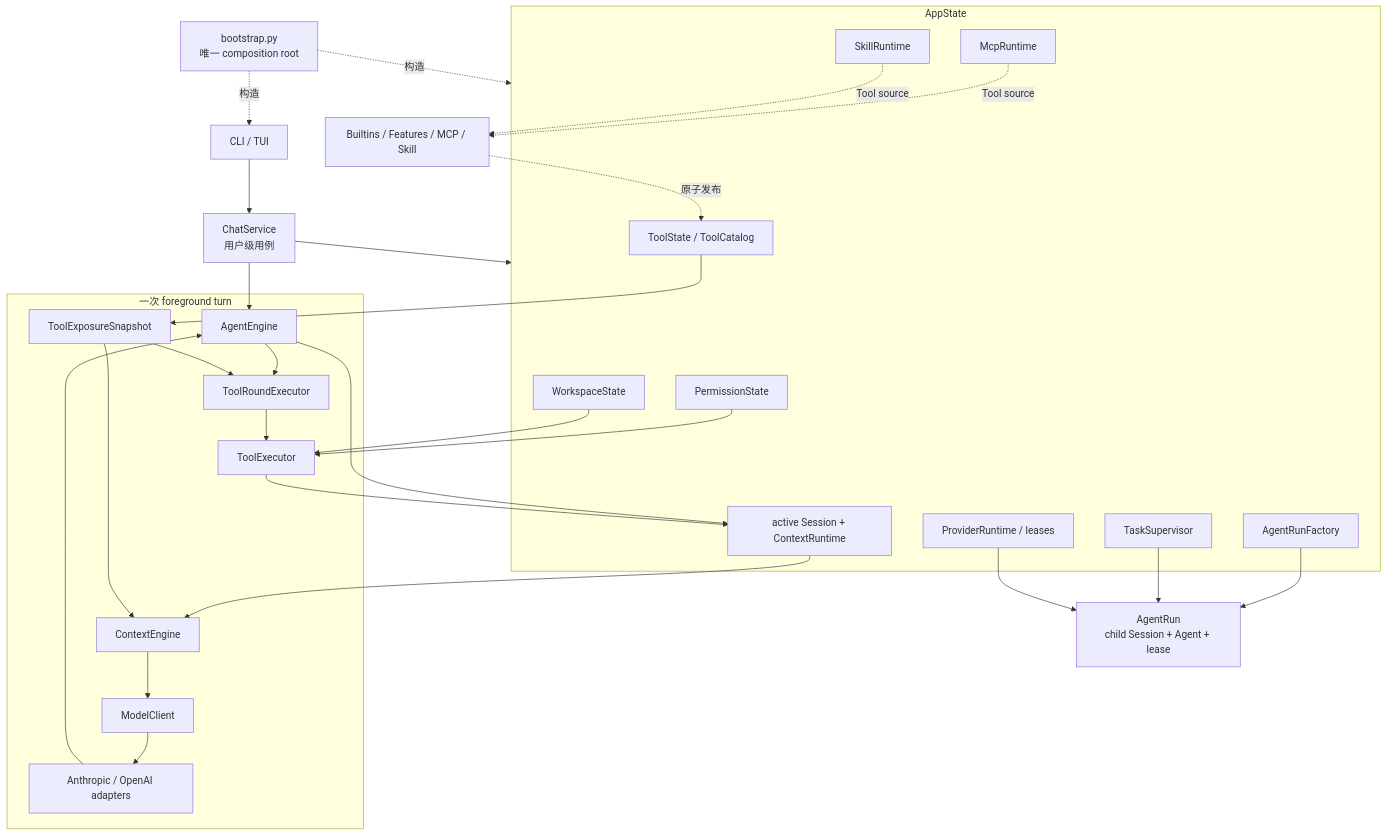
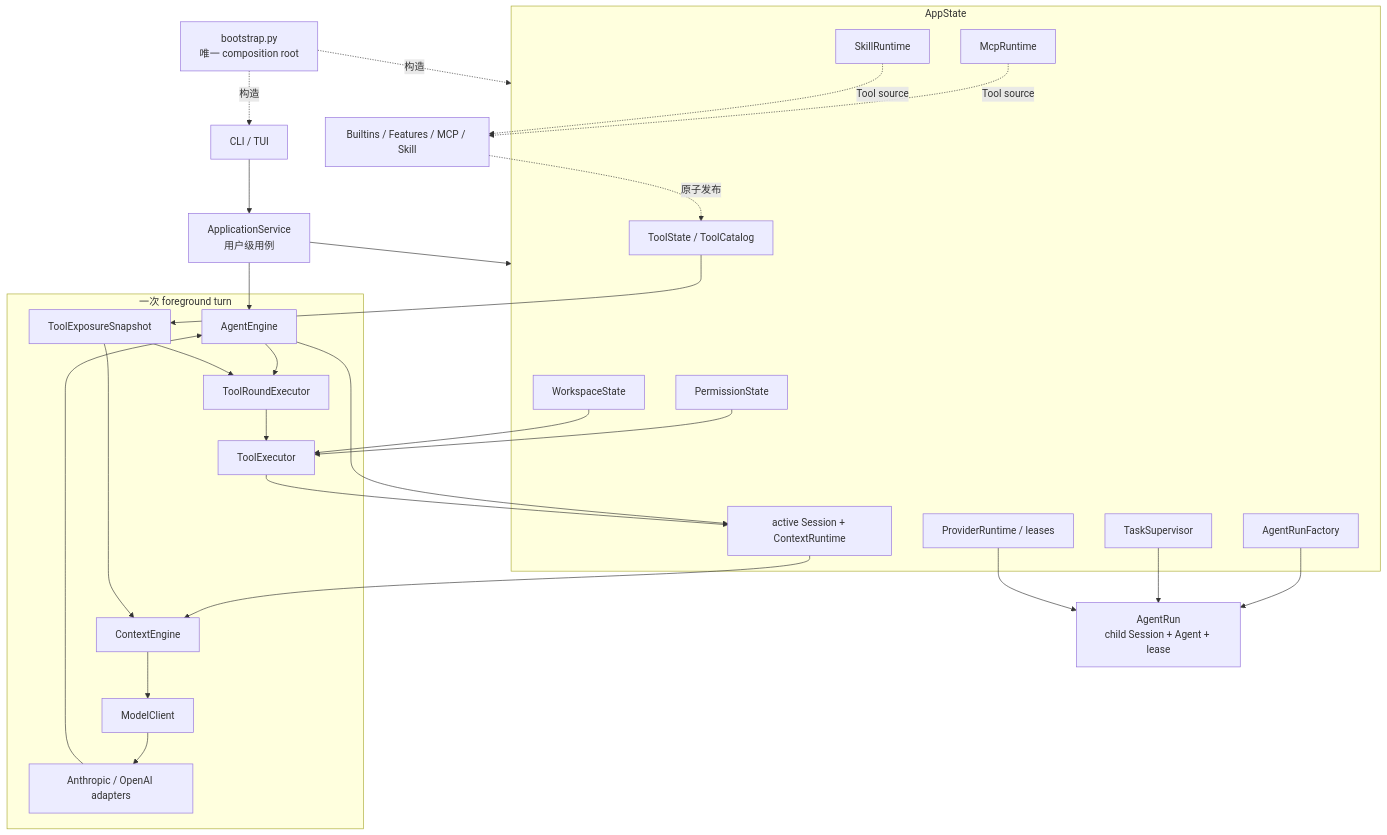
The diagram in docs/00-architecture.md (0614GS/my-code), drawn with Mermaid before and after one commit. The commit also changed other lines of this file and 73 other files, not shown here.

````diff
--- a/docs/00-architecture.md
+++ b/docs/00-architecture.md
@@ -7,56 +7,56 @@
 ```mermaid
 flowchart TB
     Bootstrap["bootstrap.py<br/>唯一 composition root"]
     Host["CLI / TUI"]
-    Chat["ChatService<br/>用户级用例"]
+    Application["ApplicationService<br/>用户级用例"]
 
     subgraph Runtime["AppState"]
         Session["active Session + ContextRuntime"]
         Workspace["WorkspaceState"]
         Permissions["PermissionState"]
         Tools["ToolState / ToolCatalog"]
         Tasks["TaskSupervisor"]
         Runs["AgentRunFactory"]
         ProviderRuntime["ProviderRuntime / leases"]
         MCP["McpRuntime"]
         Skills["SkillRuntime"]
     end
 
     subgraph Turn["一次 foreground turn"]
         Agent["AgentEngine"]
         Snapshot["ToolExposureSnapshot"]
         Context["ContextEngine"]
         Model["ModelClient"]
         Provider["Anthropic / OpenAI adapters"]
         Round["ToolRoundExecutor"]
         Executor["ToolExecutor"]
     end
 
     Sources["Builtins / Features / MCP / Skill"]
     Child["AgentRun<br/>child Session + Agent + lease"]
 
     Bootstrap -.构造.-> Host
     Bootstrap -.构造.-> Runtime
-    Host --> Chat
-    Chat --> Runtime
-    Chat --> Agent
+    Host --> Application
+    Application --> Runtime
+    Application --> Agent
 
     Sources -.原子发布.-> Tools
     Tools --> Snapshot
     Session --> Context
     Snapshot --> Context
     Context --> Model --> Provider
     Provider --> Agent
     Agent --> Session
     Agent --> Round --> Executor
     Snapshot --> Round
     Permissions --> Executor
     Workspace --> Executor
     Executor --> Session
 
     Runs --> Child
     Tasks --> Child
     ProviderRuntime --> Child
     MCP -.Tool source.-> Sources
     Skills -.Tool source.-> Sources
 ```
````
